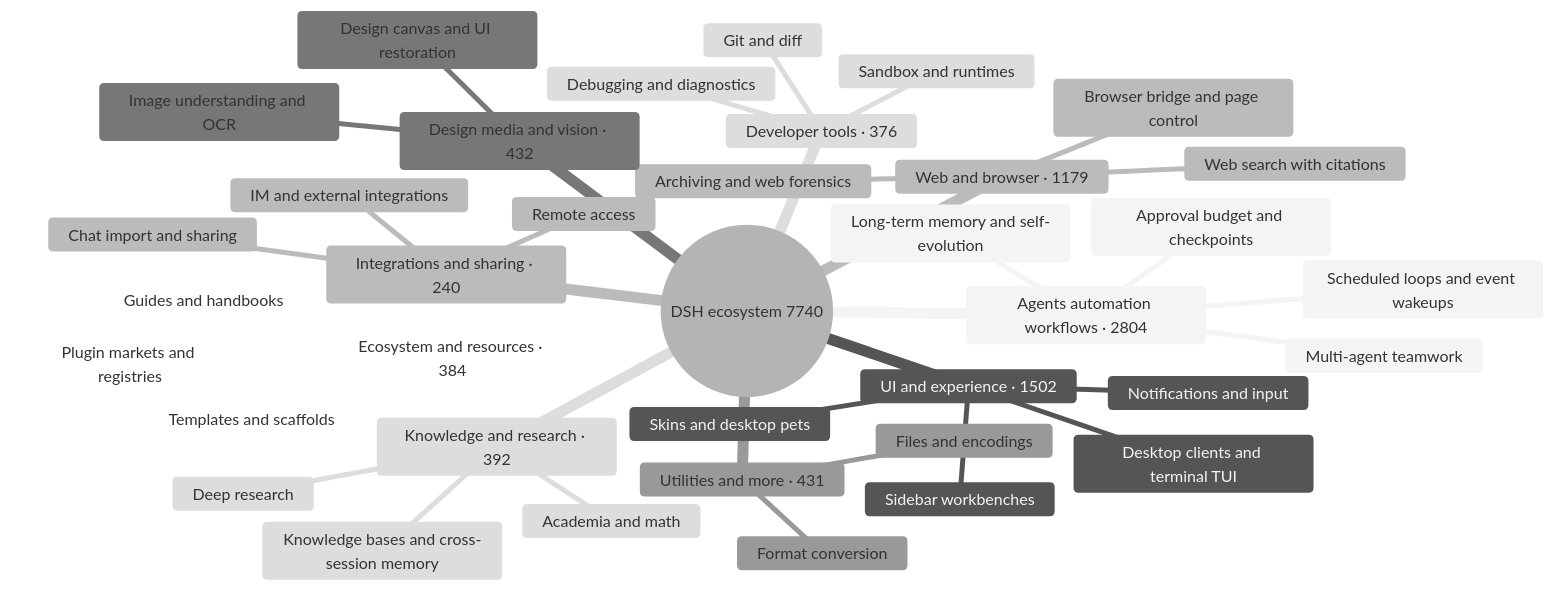
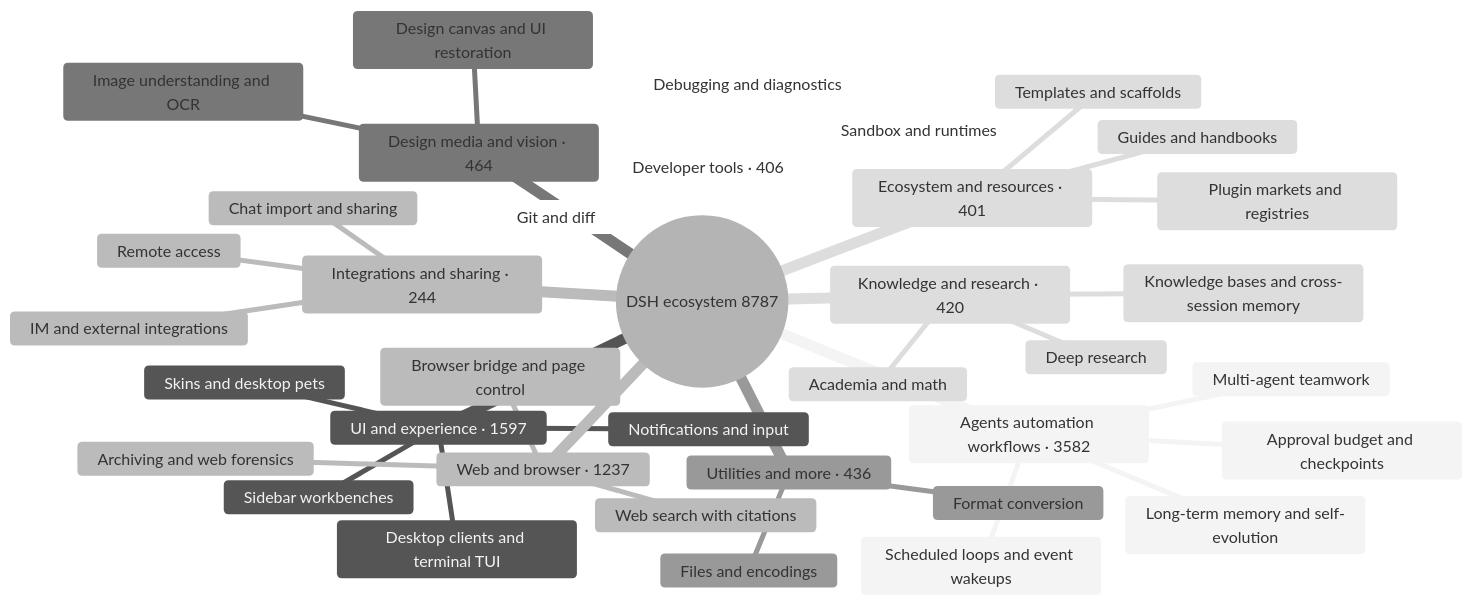
One commit to bruc3van/awesome-dsh-plugin changed the diagram in README_EN.md. Above: the diagram before and after it, drawn with Mermaid (neutral theme). The commit also changed other lines of this file and 9 other files, not shown here.

````diff
--- a/README_EN.md
+++ b/README_EN.md
@@ -33,40 +33,40 @@
 ```mermaid
 mindmap
-  root((DSH ecosystem 7740))
-    Agents automation workflows · 2804
+  root((DSH ecosystem 8787))
+    Agents automation workflows · 3582
       Scheduled loops and event wakeups
       Multi-agent teamwork
       Long-term memory and self-evolution
       Approval budget and checkpoints
-    UI and experience · 1502
+    UI and experience · 1597
       Desktop clients and terminal TUI
       Sidebar workbenches
       Skins and desktop pets
       Notifications and input
-    Web and browser · 1179
+    Web and browser · 1237
       Browser bridge and page control
       Web search with citations
       Archiving and web forensics
-    Design media and vision · 432
+    Design media and vision · 464
       Image understanding and OCR
       Design canvas and UI restoration
-    Utilities and more · 431
+    Utilities and more · 436
       Files and encodings
       Format conversion
-    Knowledge and research · 392
+    Knowledge and research · 420
       Knowledge bases and cross-session memory
       Deep research
       Academia and math
-    Ecosystem and resources · 384
+    Developer tools · 406
+      Git and diff
+      Sandbox and runtimes
+      Debugging and diagnostics
+    Ecosystem and resources · 401
       Plugin markets and registries
       Templates and scaffolds
       Guides and handbooks
-    Developer tools · 376
-      Git and diff
-      Sandbox and runtimes
-      Debugging and diagnostics
-    Integrations and sharing · 240
+    Integrations and sharing · 244
       Chat import and sharing
       Remote access
       IM and external integrations
 ```
````
